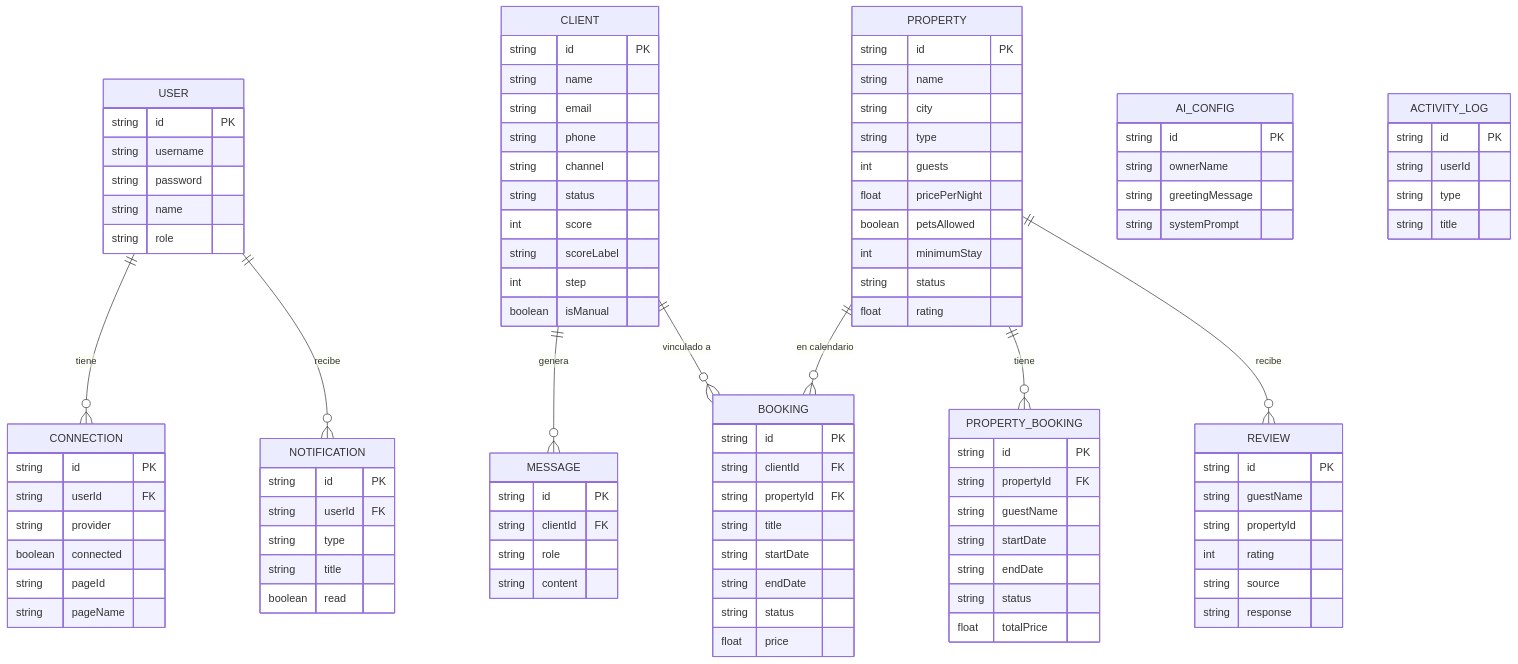
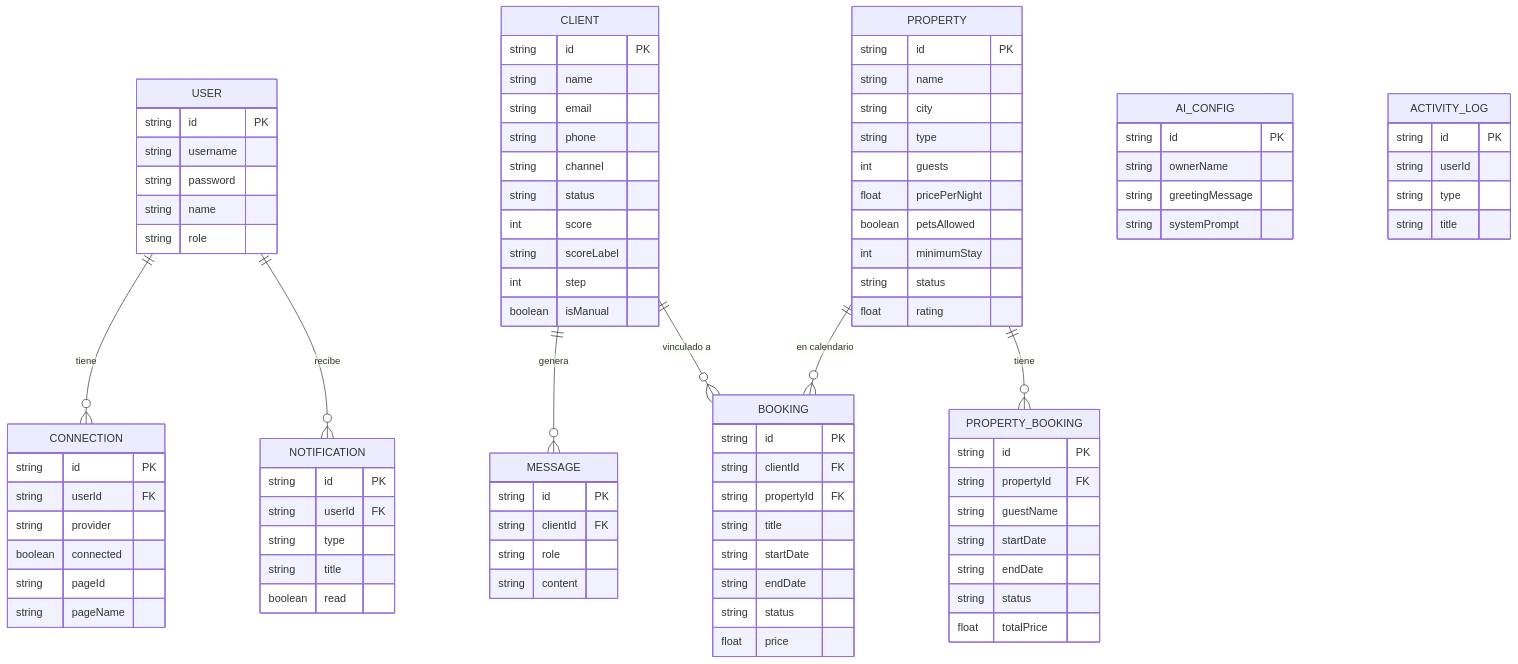
The first of 4 diagrams in README.md (nsilcre/hostmind-site), drawn with Mermaid before and after one commit. The commit also changed other lines of this file, not shown here.

````diff
--- a/README.md
+++ b/README.md
@@ -160,14 +159,6 @@
         string status
         float totalPrice
     }
-    REVIEW {
-        string id PK
-        string guestName
-        string propertyId
-        int rating
-        string source
-        string response
-    }
     AI_CONFIG {
         string id PK
         string ownerName
@@ -194,5 +185,4 @@
     CLIENT ||--o{ BOOKING : "vinculado a"
     PROPERTY ||--o{ BOOKING : "en calendario"
     PROPERTY ||--o{ PROPERTY_BOOKING : "tiene"
-    PROPERTY ||--o{ REVIEW : "recibe"
 ```
````
